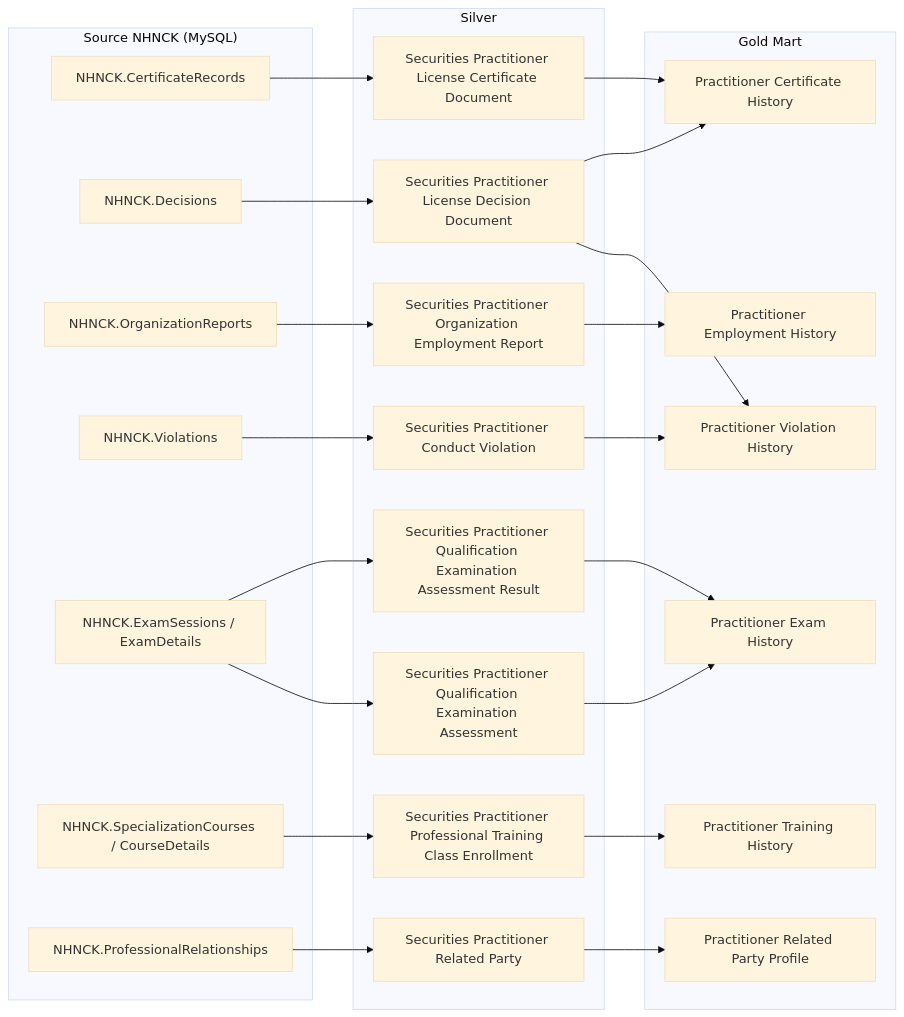
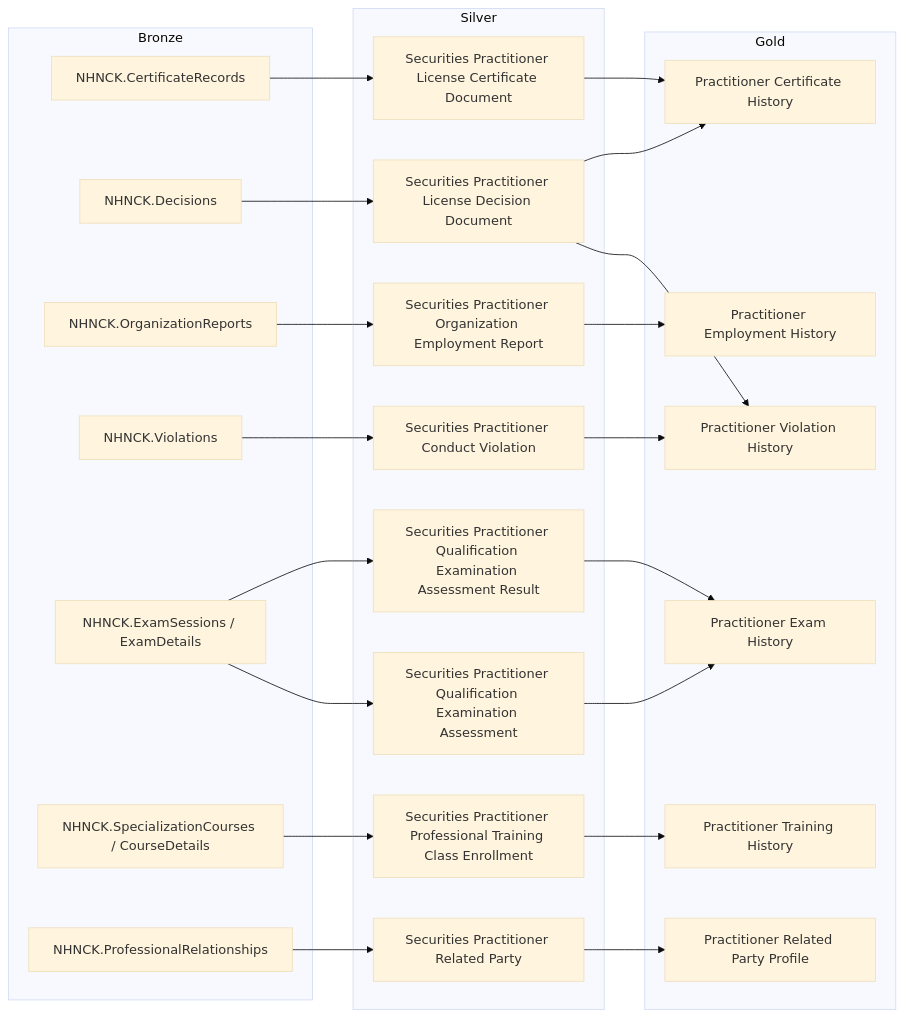
The fourth of 31 diagrams in Gold/hld/GOLD_NHNCK_HLD.md (linhlvit/ubck_atomic_design), drawn with Mermaid (base theme) before and after one commit. The commit also changed other lines of this file and 3 other files, not shown here.

````diff
--- a/Gold/hld/GOLD_NHNCK_HLD.md
+++ b/Gold/hld/GOLD_NHNCK_HLD.md
@@ -131,51 +131,51 @@
 ```mermaid
 flowchart LR
-    subgraph SRC["Source NHNCK (MySQL)"]
+    subgraph SRC["Bronze"]
         S1["NHNCK.CertificateRecords"]
         S2["NHNCK.Decisions"]
         S3["NHNCK.OrganizationReports"]
         S4["NHNCK.Violations"]
         S5["NHNCK.ExamSessions / ExamDetails"]
         S6["NHNCK.SpecializationCourses / CourseDetails"]
         S7["NHNCK.ProfessionalRelationships"]
     end
 
     subgraph SIL["Silver"]
         SV1["Securities Practitioner License Certificate Document"]
         SV2["Securities Practitioner License Decision Document"]
         SV3["Securities Practitioner Organization Employment Report"]
         SV4["Securities Practitioner Conduct Violation"]
         SV5["Securities Practitioner Qualification Examination Assessment Result"]
         SV5B["Securities Practitioner Qualification Examination Assessment"]
         SV6["Securities Practitioner Professional Training Class Enrollment"]
         SV7["Securities Practitioner Related Party"]
     end
 
-    subgraph GOLD["Gold Mart"]
+    subgraph GOLD["Gold"]
         G1["Practitioner Certificate History"]
         G2["Practitioner Employment History"]
         G3["Practitioner Violation History"]
         G4["Practitioner Exam History"]
         G5["Practitioner Training History"]
         G6["Practitioner Related Party Profile"]
     end
 
     S1 --> SV1
     S2 --> SV2
     S3 --> SV3
     S4 --> SV4
     S5 --> SV5
     S5 --> SV5B
     S6 --> SV6
     S7 --> SV7
 
     SV1 --> G1
     SV2 --> G1
     SV3 --> G2
     SV4 --> G3
     SV2 --> G3
     SV5 --> G4
     SV5B --> G4
     SV6 --> G5
     SV7 --> G6
 ```
````
